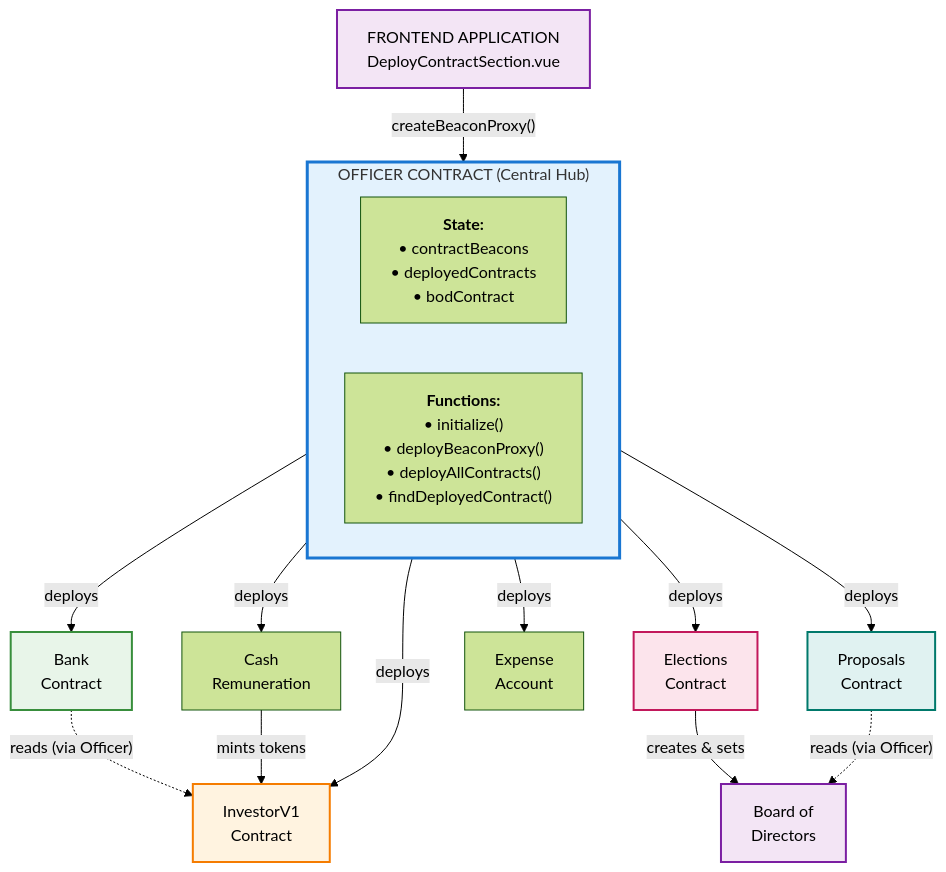
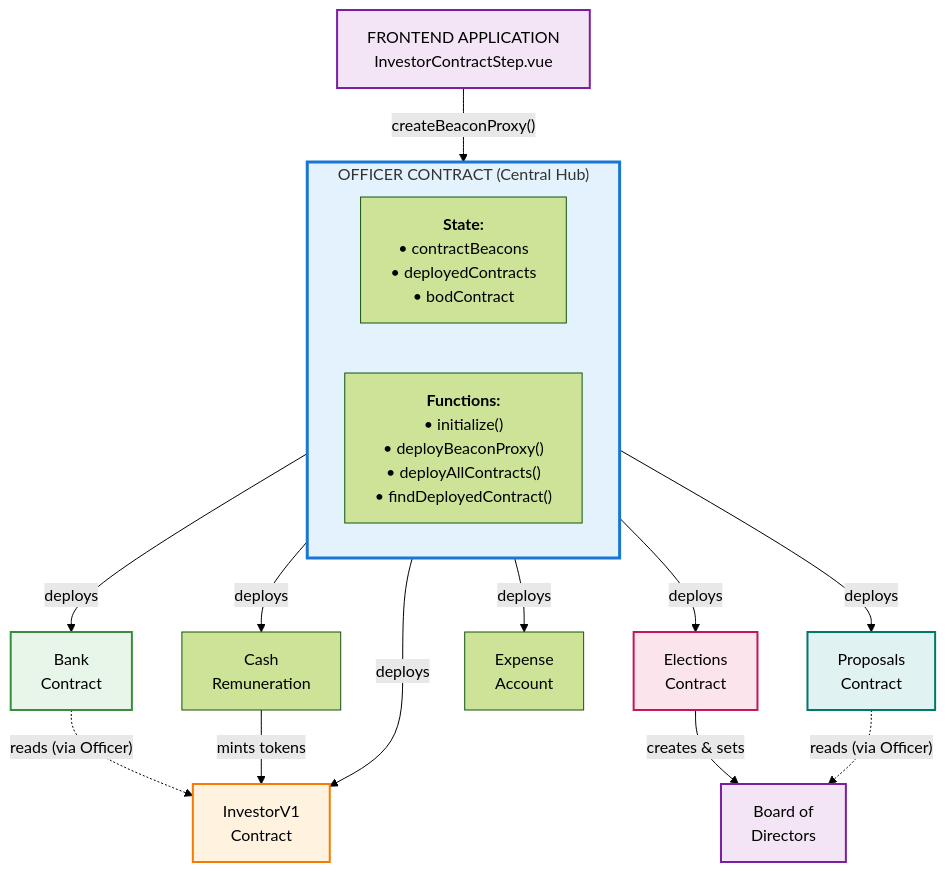
One commit to globe-and-citizen/cnc-portal changed the second of 7 diagrams in docs/contracts/contracts-architecture-diagram.md. Above: the diagram before and after it, drawn with Mermaid (forest theme). The commit also changed other lines of this file and 6 other files, not shown here.

Commit message:
refactor: replace DeployContractSection with InvestorContractStep and update related documentation

````diff
--- a/docs/contracts/contracts-architecture-diagram.md
+++ b/docs/contracts/contracts-architecture-diagram.md
@@ -76,39 +76,39 @@
 ```mermaid
 graph TB
-    Frontend["FRONTEND APPLICATION<br/>DeployContractSection.vue"]
+    Frontend["FRONTEND APPLICATION<br/>InvestorContractStep.vue"]
 
     subgraph OfficerHub["OFFICER CONTRACT (Central Hub)"]
         OfficerState["<b>State:</b><br/>• contractBeacons<br/>• deployedContracts<br/>• bodContract"]
         OfficerFuncs["<b>Functions:</b><br/>• initialize()<br/>• deployBeaconProxy()<br/>• deployAllContracts()<br/>• findDeployedContract()"]
     end
 
     Bank["Bank<br/>Contract"]
     InvestorV1["InvestorV1<br/>Contract"]
     Elections["Elections<br/>Contract"]
     BoD["Board of<br/>Directors"]
     Proposals["Proposals<br/>Contract"]
     ExpenseAccount["Expense<br/>Account"]
     CashRem["Cash<br/>Remuneration"]
 
     Frontend -->|"createBeaconProxy()"| OfficerHub
 
     OfficerHub -->|deploys| Bank
     OfficerHub -->|deploys| InvestorV1
     OfficerHub -->|deploys| Elections
     OfficerHub -->|deploys| Proposals
     OfficerHub -->|deploys| ExpenseAccount
     OfficerHub -->|deploys| CashRem
 
     Elections -->|"creates & sets"| BoD
     Bank -.->|"reads (via Officer)"| InvestorV1
     Proposals -.->|"reads (via Officer)"| BoD
     CashRem -->|mints tokens| InvestorV1
 
     style OfficerHub fill:#e3f2fd,stroke:#1976d2,stroke-width:3px
     style Frontend fill:#f3e5f5,stroke:#7b1fa2,stroke-width:2px
     style Bank fill:#e8f5e9,stroke:#388e3c,stroke-width:2px
     style InvestorV1 fill:#fff3e0,stroke:#f57c00,stroke-width:2px
     style Elections fill:#fce4ec,stroke:#c2185b,stroke-width:2px
     style BoD fill:#f3e5f5,stroke:#7b1fa2,stroke-width:2px
     style Proposals fill:#e0f2f1,stroke:#00796b,stroke-width:2px
 ```
````
